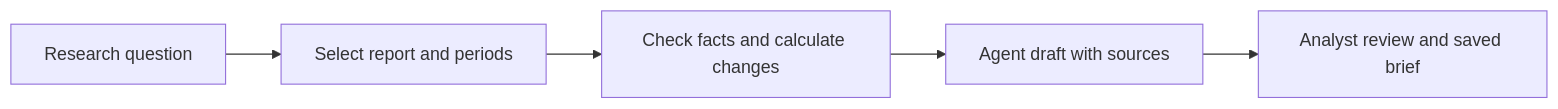
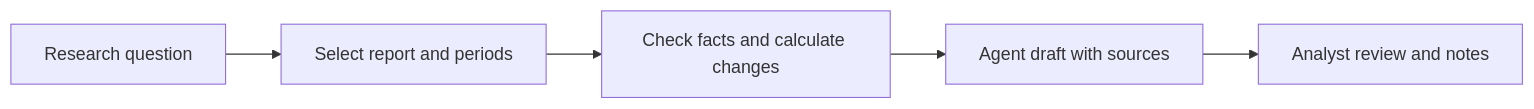
Before and after one commit to xc8609/service-agent-portfolio: the diagram in projects/investment-research/README.md, drawn with Mermaid. The commit also changed other lines of this file and 29 other files, not shown here.

````diff
--- a/projects/investment-research/README.md
+++ b/projects/investment-research/README.md
@@ -16,7 +16,7 @@
 ```mermaid
 flowchart LR
     Q[Research question] --> S[Select report and periods]
     S --> F[Check facts and calculate changes]
     F --> A[Agent draft with sources]
-    A --> R[Analyst review and saved brief]
+    A --> R[Analyst review and notes]
 ```
````
